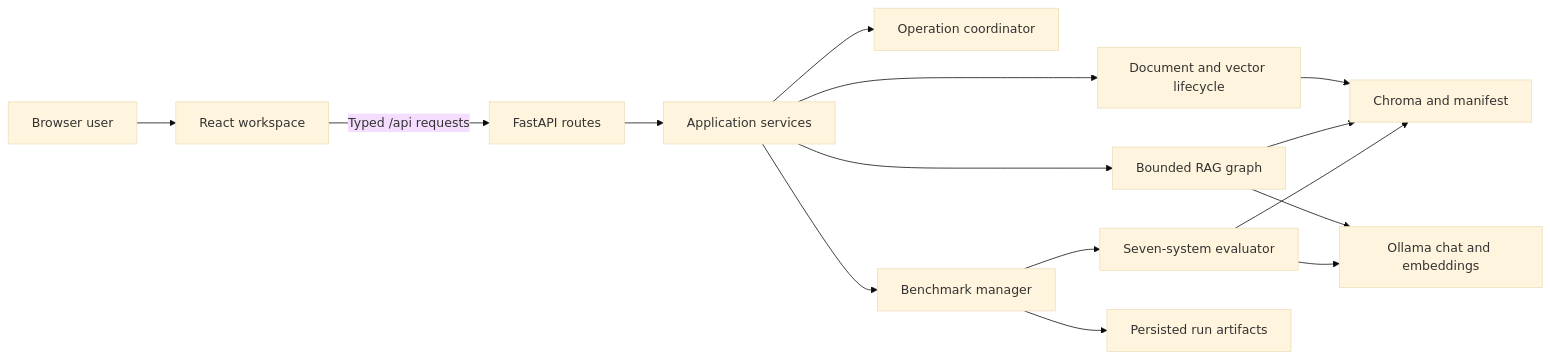
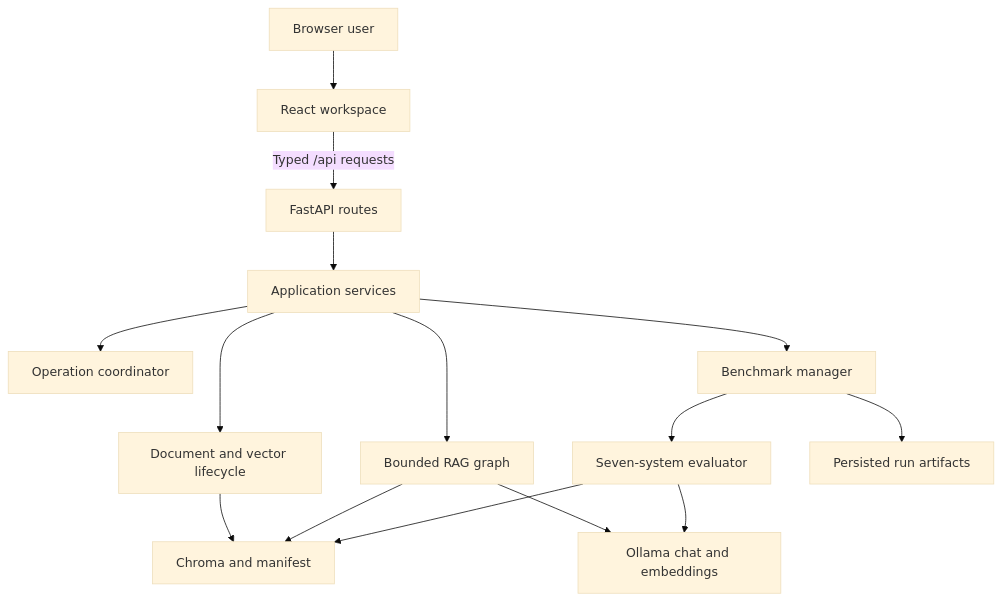
One commit to GabrielMBulgarelli/RAG changed the diagram in README.md. Above: the diagram before and after it, drawn with Mermaid (base theme). The commit also changed other lines of this file and 9 other files, not shown here.

````diff
--- a/README.md
+++ b/README.md
@@ -131,17 +137,17 @@
 ```mermaid
-flowchart LR
+flowchart TD
     U["Browser user"] --> R["React workspace"]
     R -->|"Typed /api requests"| F["FastAPI routes"]
     F --> A["Application services"]
     A --> O["Operation coordinator"]
     A --> D["Document and vector lifecycle"]
     A --> B["Benchmark manager"]
     A --> G["Bounded RAG graph"]
     D --> C["Chroma and manifest"]
     G --> C
     G --> L["Ollama chat and embeddings"]
     B --> E["Seven-system evaluator"]
     E --> C
     E --> L
     B --> P["Persisted run artifacts"]
 ```
````
